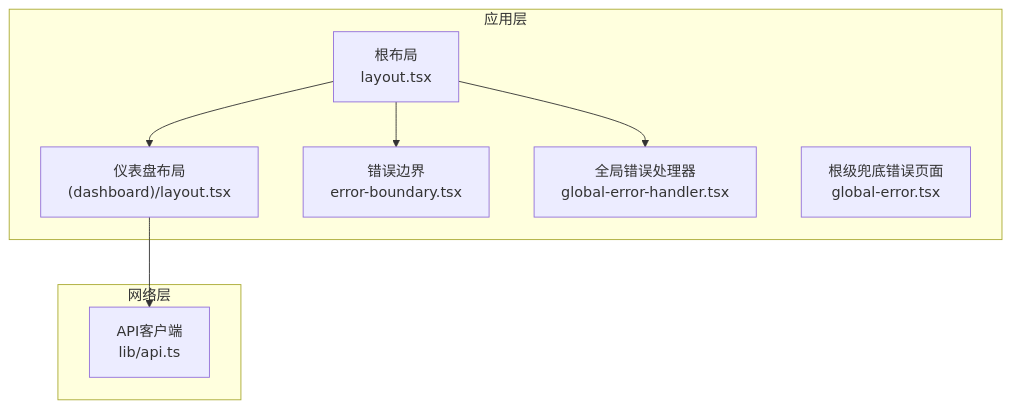
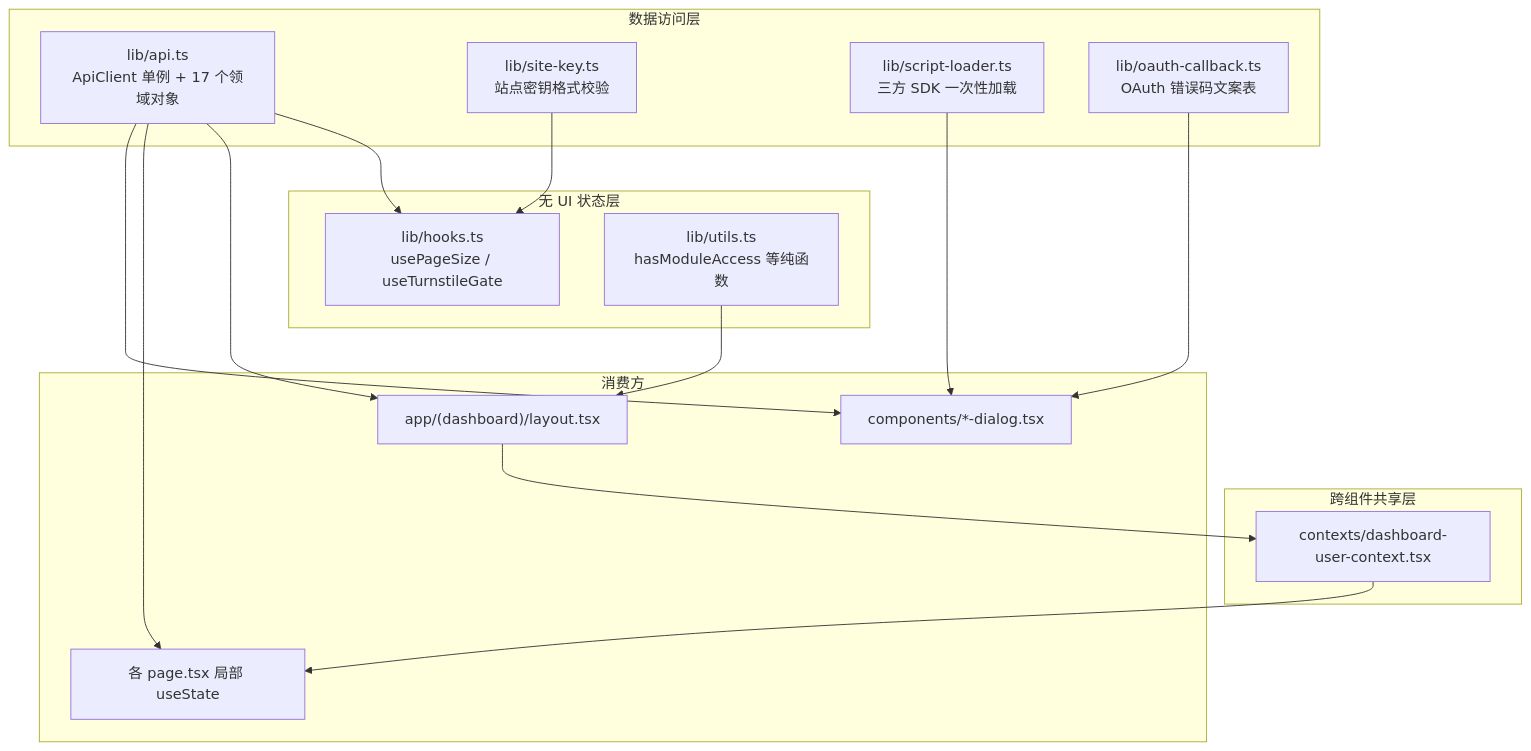
Before and after one commit to x01n/dnsplane: the first of 7 diagrams in docs/前端开发指南/状态管理与API调用.md, drawn with Mermaid. The commit also changed other lines of this file and 326 other files, not shown here.

````diff
--- a/docs/前端开发指南/状态管理与API调用.md
+++ b/docs/前端开发指南/状态管理与API调用.md
@@ -46,17 +52,31 @@
 ```mermaid
 graph TB
-subgraph "应用层"
-L["根布局<br/>layout.tsx"]
-D["仪表盘布局<br/>(dashboard)/layout.tsx"]
-E["错误边界<br/>error-boundary.tsx"]
-GE["全局错误处理器<br/>global-error-handler.tsx"]
-G["根级兜底错误页面<br/>global-error.tsx"]
+subgraph L1["数据访问层"]
+API["lib/api.ts<br/>ApiClient 单例 + 17 个领域对象"]
+SITEKEY["lib/site-key.ts<br/>站点密钥格式校验"]
+SCRIPT["lib/script-loader.ts<br/>三方 SDK 一次性加载"]
+OAUTHERR["lib/oauth-callback.ts<br/>OAuth 错误码文案表"]
 end
-subgraph "网络层"
-A["API客户端<br/>lib/api.ts"]
+subgraph L2["无 UI 状态层"]
+HOOKS["lib/hooks.ts<br/>usePageSize / useTurnstileGate"]
+UTILS["lib/utils.ts<br/>hasModuleAccess 等纯函数"]
 end
-L --> E
-L --> GE
-L --> D
-D --> A
+subgraph L3["跨组件共享层"]
+CTX["contexts/dashboard-user-context.tsx"]
+end
+subgraph L4["消费方"]
+LAYOUT["app/(dashboard)/layout.tsx"]
+PAGE["各 page.tsx 局部 useState"]
+DIALOG["components/*-dialog.tsx"]
+end
+SCRIPT --> DIALOG
+SITEKEY --> HOOKS
+API --> HOOKS
+API --> LAYOUT
+API --> PAGE
+API --> DIALOG
+LAYOUT --> CTX
+CTX --> PAGE
+UTILS --> LAYOUT
+OAUTHERR --> DIALOG
 ```
````
